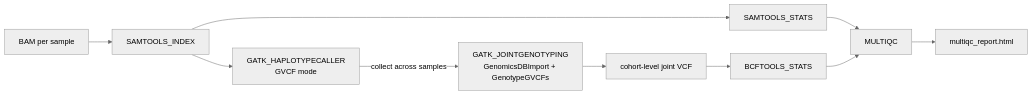
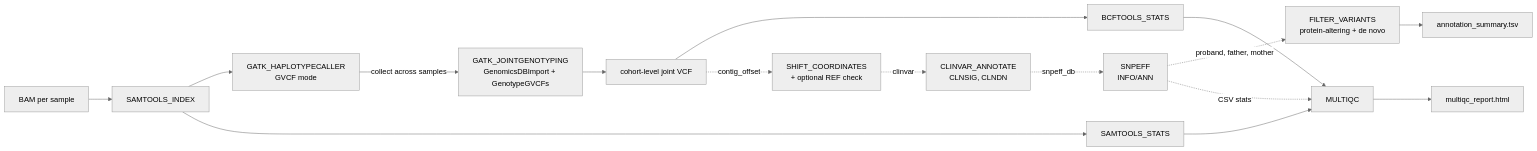
The diagram in README.md (mujtababarsi/Human-DNAseq-chr20-nf-dsl2), drawn with Mermaid (neutral theme) before and after one commit. The commit also changed other lines of this file, not shown here.

Commit message:
Document annotation in README and simplify wording

````diff
--- a/README.md
+++ b/README.md
@@ -24,12 +24,18 @@
 ```mermaid
 flowchart LR
     A[BAM per sample] --> B[SAMTOOLS_INDEX]
     B --> C[GATK_HAPLOTYPECALLER<br/>GVCF mode]
     B --> Q1[SAMTOOLS_STATS]
     C -- collect across samples --> D[GATK_JOINTGENOTYPING<br/>GenomicsDBImport + GenotypeGVCFs]
     D --> E[cohort-level joint VCF]
     E --> Q2[BCFTOOLS_STATS]
+    E -. contig_offset .-> S[SHIFT_COORDINATES<br/>+ optional REF check]
+    S -. clinvar .-> CV[CLINVAR_ANNOTATE<br/>CLNSIG, CLNDN]
+    CV -. snpeff_db .-> SE[SNPEFF<br/>INFO/ANN]
+    SE -. proband, father, mother .-> F[FILTER_VARIANTS<br/>protein-altering + de novo]
+    F --> T[annotation_summary.tsv]
+    SE -. CSV stats .-> M
     Q1 --> M[MULTIQC]
     Q2 --> M
     M --> R[multiqc_report.html]
 ```
````
